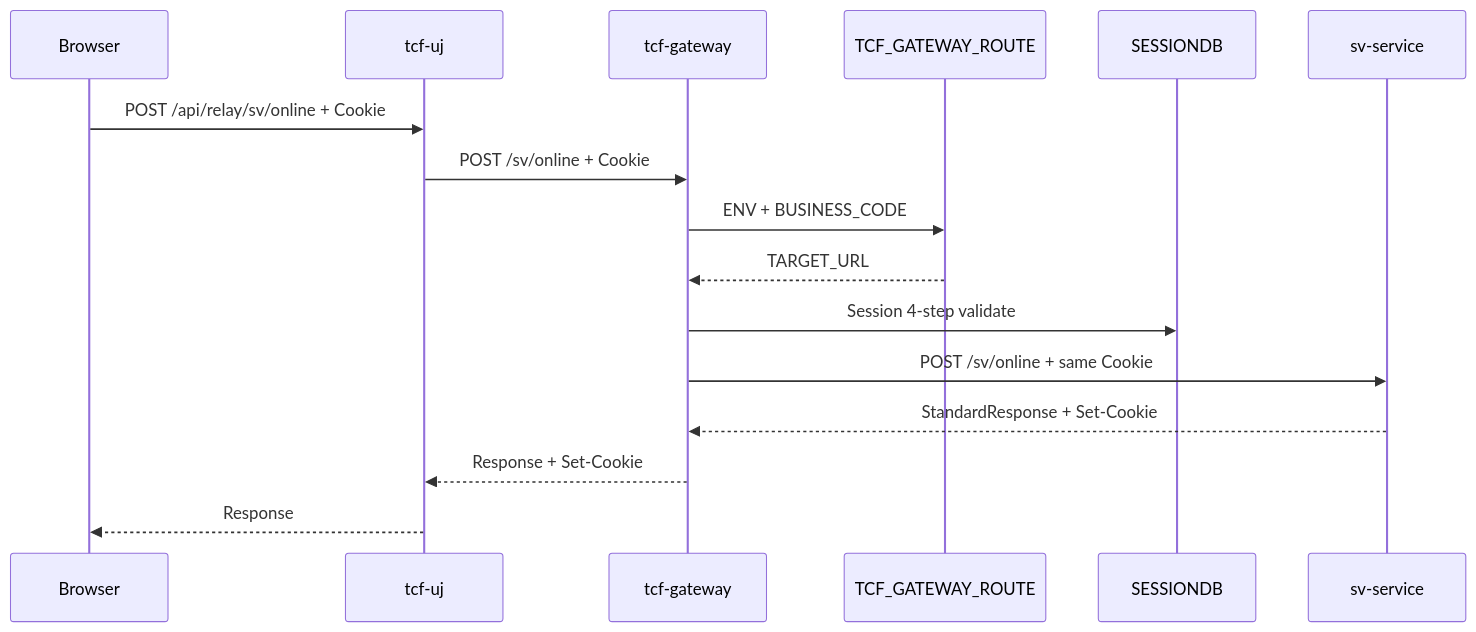
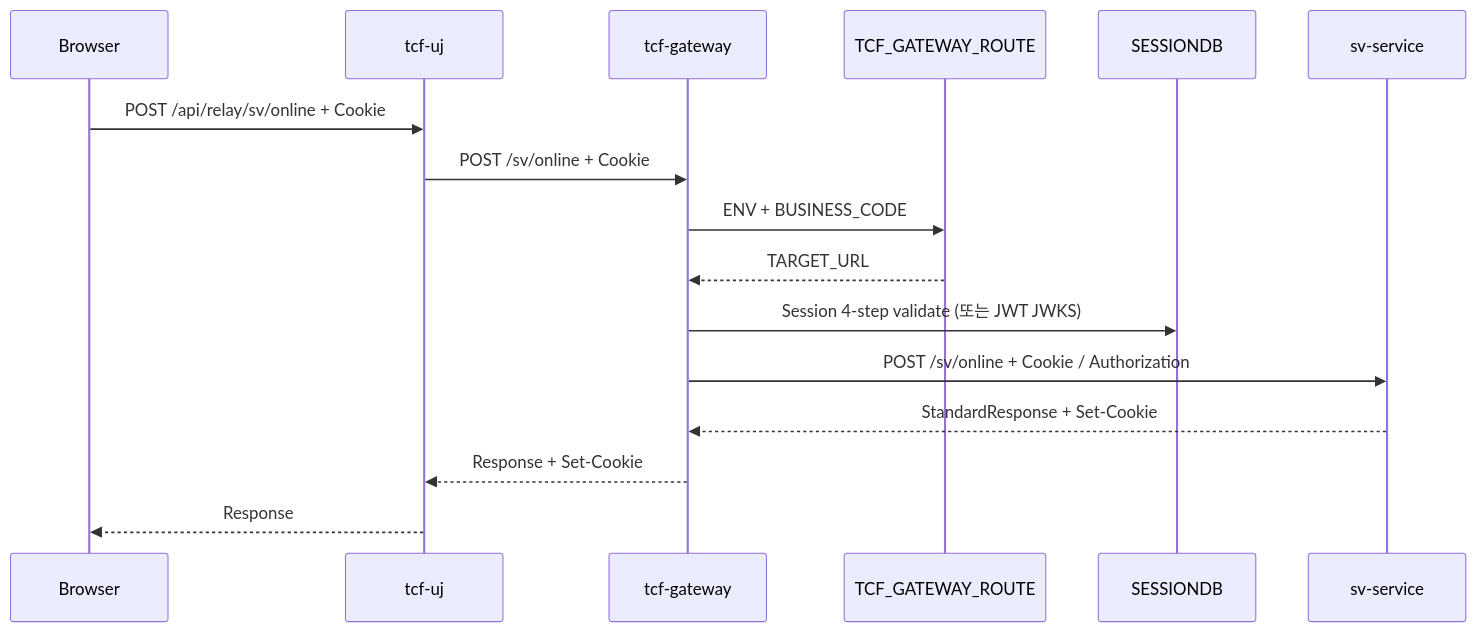
Before and after one commit to changwskr/nsight-tcf-framework: the diagram in zarchitecture/06-API-Gateway-아키텍처.md, drawn with Mermaid. The commit also changed other lines of this file and 24 other files, not shown here.

````diff
--- a/zarchitecture/06-API-Gateway-아키텍처.md
+++ b/zarchitecture/06-API-Gateway-아키텍처.md
@@ -32,19 +33,19 @@
 ```mermaid
 sequenceDiagram
     participant B as Browser
     participant UJ as tcf-uj
     participant GW as tcf-gateway
     participant RT as TCF_GATEWAY_ROUTE
     participant SE as SESSIONDB
     participant WAS as sv-service
 
     B->>UJ: POST /api/relay/sv/online + Cookie
     UJ->>GW: POST /sv/online + Cookie
     GW->>RT: ENV + BUSINESS_CODE
     RT-->>GW: TARGET_URL
-    GW->>SE: Session 4-step validate
-    GW->>WAS: POST /sv/online + same Cookie
+    GW->>SE: Session 4-step validate (또는 JWT JWKS)
+    GW->>WAS: POST /sv/online + Cookie / Authorization
     WAS-->>GW: StandardResponse + Set-Cookie
     GW-->>UJ: Response + Set-Cookie
     UJ-->>B: Response
 ```
````
